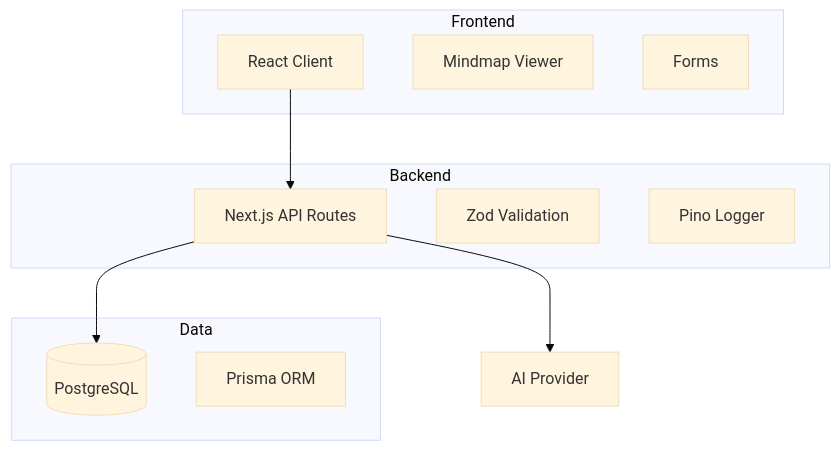
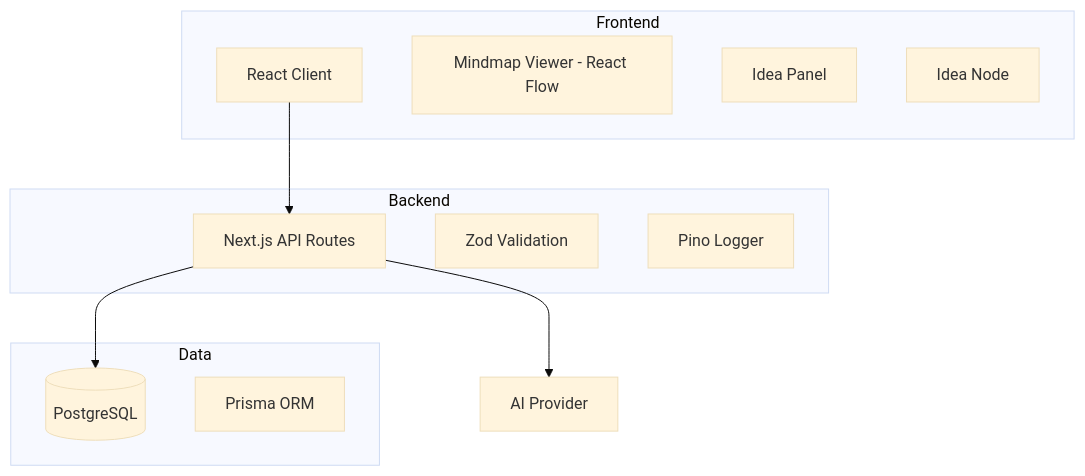
The diagram in docs/architecture.md (khamalismadie/ideabank), drawn with Mermaid (base theme) before and after one commit. The commit also changed other lines of this file and 4 other files, not shown here.

First line of the commit message:
docs: update documentation for MVP mindmap feature

````diff
--- a/docs/architecture.md
+++ b/docs/architecture.md
@@ -5,23 +5,24 @@
 ```mermaid
 graph TB
     Client[React Client] --> API[Next.js API Routes]
     API --> DB[(PostgreSQL)]
     API --> AI[AI Provider]
     
     subgraph Frontend
         Client
-        Mindmap[Mindmap Viewer]
-        Forms[Forms]
+        Mindmap[Mindmap Viewer - React Flow]
+        IdeaPanel[Idea Panel]
+        NodeComponent[Idea Node]
     end
     
     subgraph Backend
         API
         Validation[Zod Validation]
         Logging[Pino Logger]
     end
     
     subgraph Data
         DB
         Prisma[Prisma ORM]
     end
 ```
````
